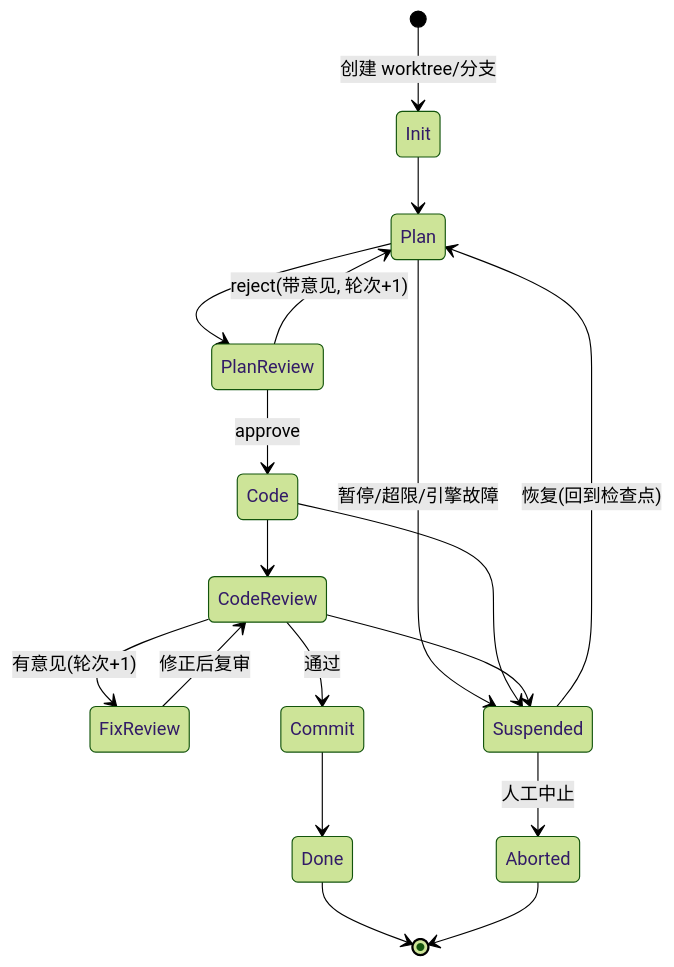
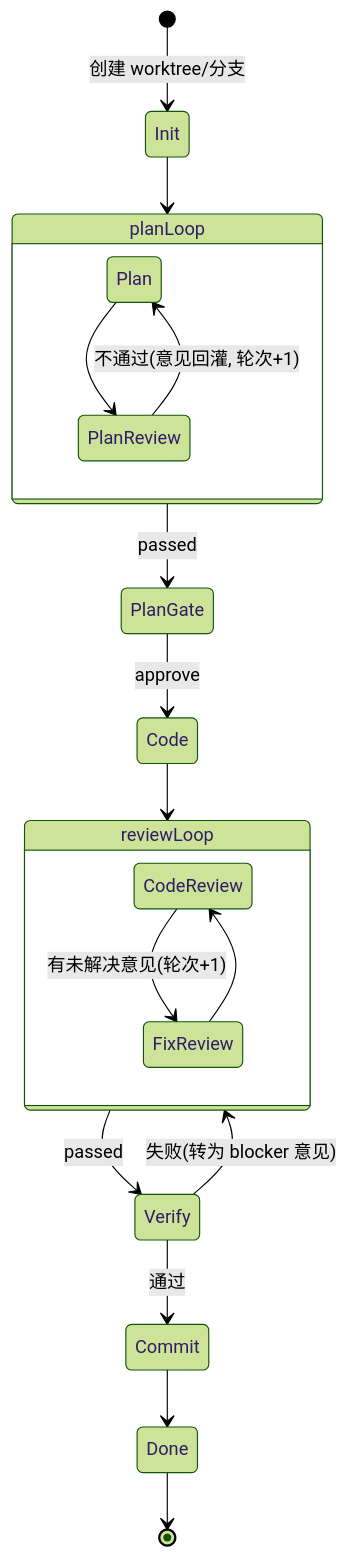
One commit to ddlqhd/dev-tools changed the diagram in docs/kernel-design.md. Above: the diagram before and after it, drawn with Mermaid (forest theme). The commit also changed other lines of this file and 2 other files, not shown here.

````diff
--- a/docs/kernel-design.md
+++ b/docs/kernel-design.md
@@ -21,21 +54,21 @@
 ```mermaid
 stateDiagram-v2
     [*] --> Init: 创建 worktree/分支
-    Init --> Plan
-    Plan --> PlanReview
-    PlanReview --> Plan: reject(带意见, 轮次+1)
-    PlanReview --> Code: approve
-    Code --> CodeReview
-    CodeReview --> FixReview: 有意见(轮次+1)
-    FixReview --> CodeReview: 修正后复审
-    CodeReview --> Commit: 通过
+    state planLoop {
+        Plan --> PlanReview
+        PlanReview --> Plan: 不通过(意见回灌, 轮次+1)
+    }
+    Init --> planLoop
+    planLoop --> PlanGate: passed
+    PlanGate --> Code: approve
+    state reviewLoop {
+        CodeReview --> FixReview: 有未解决意见(轮次+1)
+        FixReview --> CodeReview
+    }
+    Code --> reviewLoop
+    reviewLoop --> Verify: passed
+    Verify --> reviewLoop: 失败(转为 blocker 意见)
+    Verify --> Commit: 通过
     Commit --> Done
     Done --> [*]
-
-    Plan --> Suspended: 暂停/超限/引擎故障
-    Code --> Suspended
-    CodeReview --> Suspended
-    Suspended --> Plan: 恢复(回到检查点)
-    Suspended --> Aborted: 人工中止
-    Aborted --> [*]
 ```
````
